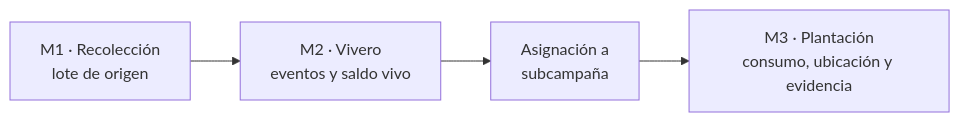
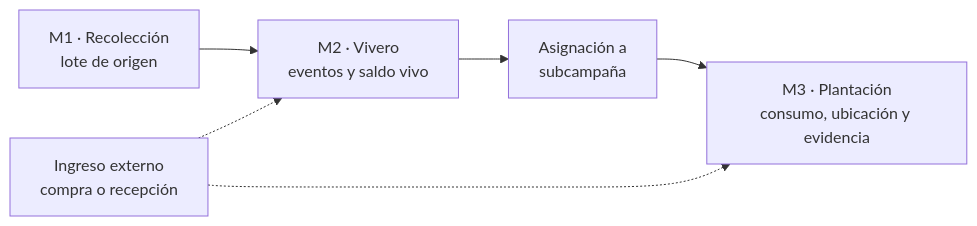
Before and after one commit to R3foresta/r3foresta-docs: the second of 4 diagrams in documentacion-grado/06_entregables/perfil/PERFIL_PROYECTO_GRADO.md, drawn with Mermaid. The commit also changed other lines of this file and 21 other files, not shown here.

````diff
--- a/documentacion-grado/06_entregables/perfil/PERFIL_PROYECTO_GRADO.md
+++ b/documentacion-grado/06_entregables/perfil/PERFIL_PROYECTO_GRADO.md
@@ -332,10 +322,13 @@
 ```mermaid
 flowchart LR
     R["M1 · Recolección<br/>lote de origen"]
+    X["Ingreso externo<br/>compra o recepción"]
     V["M2 · Vivero<br/>eventos y saldo vivo"]
     A["Asignación a<br/>subcampaña"]
     P["M3 · Plantación<br/>consumo, ubicación y evidencia"]
 
     R --> V
+    X -.-> V
+    X -.-> P
     V --> A --> P
 ```
````
